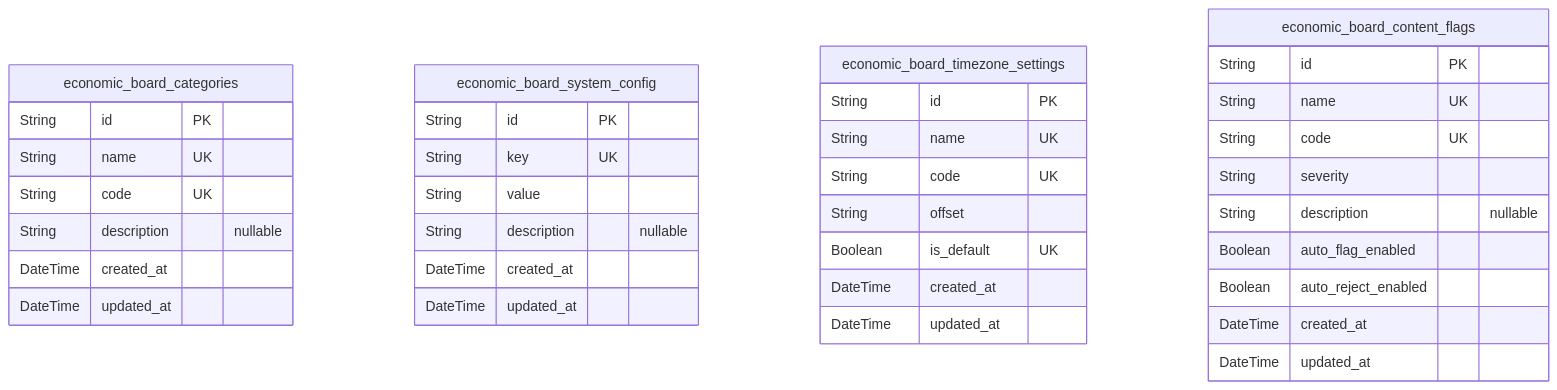
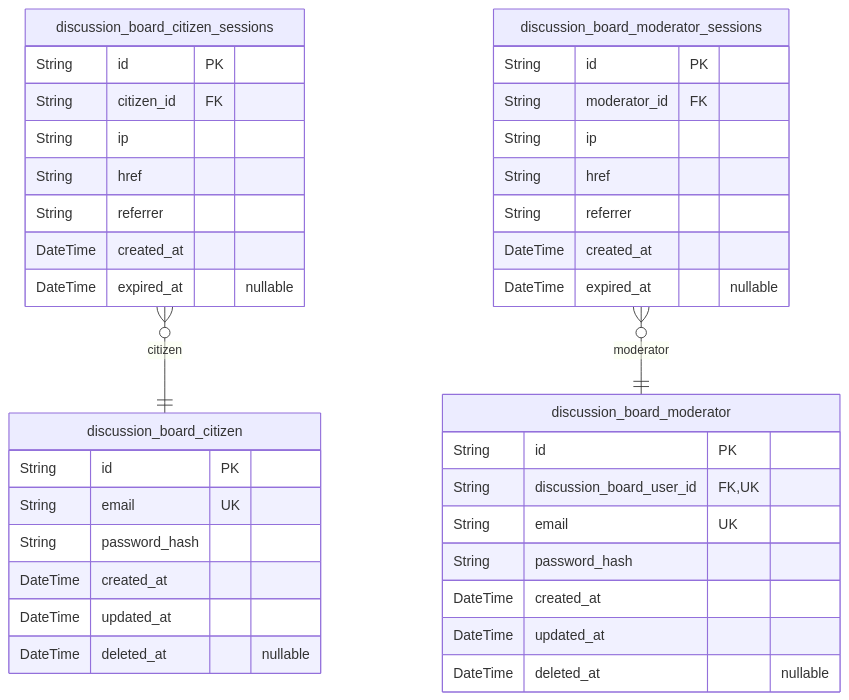
The second of 9 diagrams in qwen/qwen3-next-80b-a3b-instruct/bbs/docs/ERD.md (wrtnlabs/autobe-examples), drawn with Mermaid before and after one commit. The commit also changed other lines of this file and 6988 other files, not shown here.

````diff
--- a/qwen/qwen3-next-80b-a3b-instruct/bbs/docs/ERD.md
+++ b/qwen/qwen3-next-80b-a3b-instruct/bbs/docs/ERD.md
@@ -14,39 +641,40 @@
 ```mermaid
 erDiagram
-"economic_board_categories" {
+"discussion_board_citizen" {
   String id PK
-  String name UK
-  String code UK
-  String description "nullable"
+  String email UK
+  String password_hash
   DateTime created_at
   DateTime updated_at
+  DateTime deleted_at "nullable"
 }
-"economic_board_system_config" {
+"discussion_board_citizen_sessions" {
   String id PK
-  String key UK
-  String value
-  String description "nullable"
+  String citizen_id FK
+  String ip
+  String href
+  String referrer
+  DateTime created_at
+  DateTime expired_at "nullable"
+}
+"discussion_board_moderator" {
+  String id PK
+  String discussion_board_user_id FK,UK
+  String email UK
+  String password_hash
   DateTime created_at
   DateTime updated_at
+  DateTime deleted_at "nullable"
 }
-"economic_board_timezone_settings" {
+"discussion_board_moderator_sessions" {
   String id PK
-  String name UK
-  String code UK
-  String offset
-  Boolean is_default UK
+  String moderator_id FK
+  String ip
+  String href
+  String referrer
   DateTime created_at
-  DateTime updated_at
+  DateTime expired_at "nullable"
 }
-"economic_board_content_flags" {
-  String id PK
-  String name UK
-  String code UK
-  String severity
-  String description "nullable"
-  Boolean auto_flag_enabled
-  Boolean auto_reject_enabled
-  DateTime created_at
-  DateTime updated_at
-}
+"discussion_board_citizen_sessions" }o--|| "discussion_board_citizen" : citizen
+"discussion_board_moderator_sessions" }o--|| "discussion_board_moderator" : moderator
 ```
````
